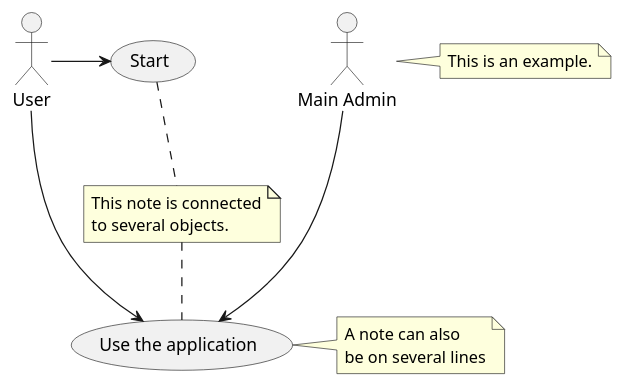
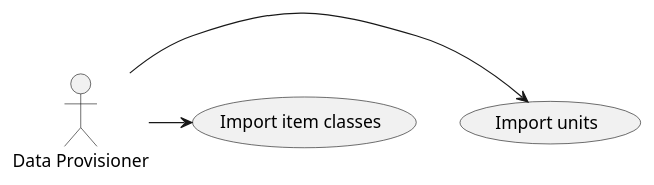
One commit to maciejmalecki/inventory changed the diagram in doc/dia/usecases.puml. Above: the diagram before and after it, drawn with PlantUML. The commit also changed 1 other file, not shown here.

```diff
--- a/doc/dia/usecases.puml
+++ b/doc/dia/usecases.puml
@@ -1,20 +1,9 @@
 @startuml
-:Main Admin: as Admin
-(Use the application) as (Use)
+:Data Provisioner: as Provisioner
+(Import units) as (ImportUnits)
+(Import item classes) as (ImportItemClasses)
 
-User -> (Start)
-User --> (Use)
+Provisioner -> (ImportUnits)
+Provisioner -> (ImportItemClasses)
 
-Admin ---> (Use)
-
-note right of Admin : This is an example.
-
-note right of (Use)
-A note can also
-be on several lines
-end note
-
-note "This note is connected\nto several objects." as N2
-(Start) .. N2
-N2 .. (Use)
 @enduml
```
